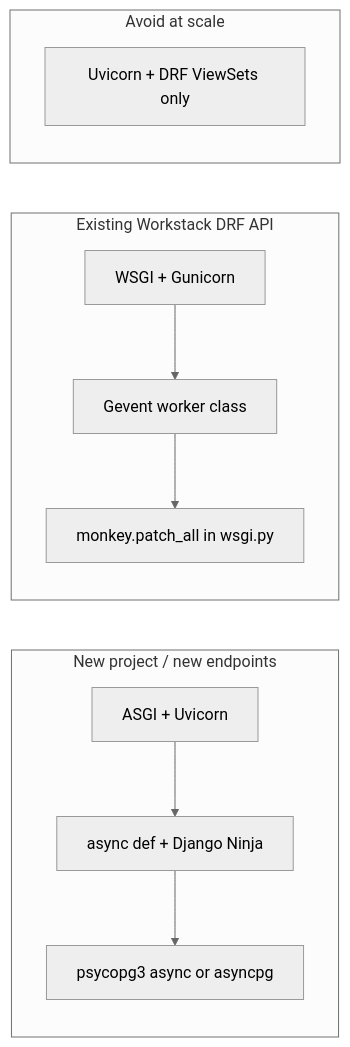
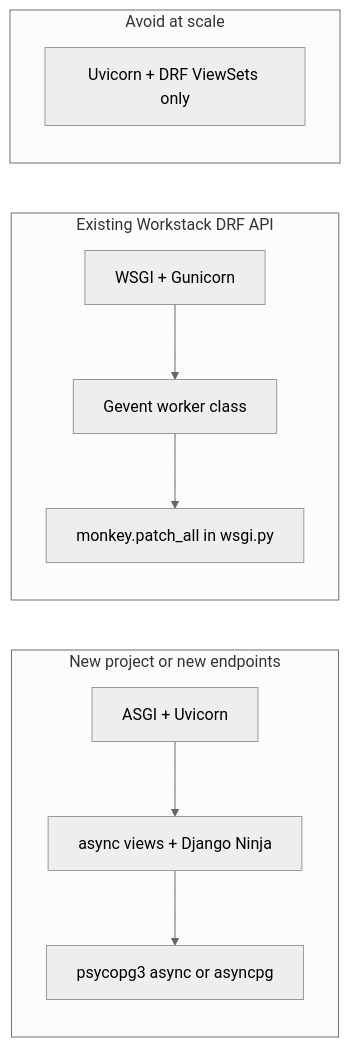
One commit to shoaib2478/workstack changed the fifth of 5 diagrams in docs/WSGI_GEVENT_VS_ASGI.md. Above: the diagram before and after it, drawn with Mermaid (neutral theme). The commit also changed other lines of this file and 2 other files, not shown here.

````diff
--- a/docs/WSGI_GEVENT_VS_ASGI.md
+++ b/docs/WSGI_GEVENT_VS_ASGI.md
@@ -344,20 +344,20 @@
 ```mermaid
 flowchart LR
-    subgraph New["New project / new endpoints"]
+    subgraph New["New project or new endpoints"]
         N1[ASGI + Uvicorn]
-        N2[async def + Django Ninja]
+        N2["async views + Django Ninja"]
         N3[psycopg3 async or asyncpg]
         N1 --> N2 --> N3
     end
 
     subgraph Legacy["Existing Workstack DRF API"]
         L1[WSGI + Gunicorn]
         L2[Gevent worker class]
         L3[monkey.patch_all in wsgi.py]
         L1 --> L2 --> L3
     end
 
     subgraph Avoid["Avoid at scale"]
         A1[Uvicorn + DRF ViewSets only]
     end
 ```
````
